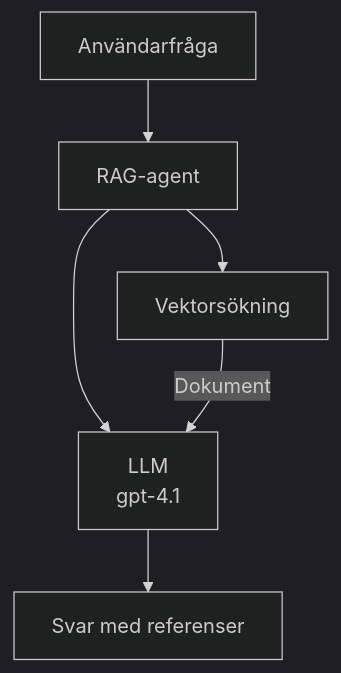
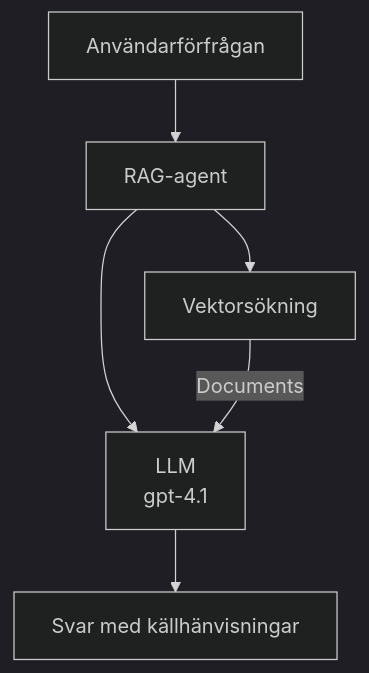
The second of 3 diagrams in translations/sv/docs/chapter-02-ai-development/agents.md (microsoft/AZD-for-beginners), drawn with Mermaid (dark theme) before and after one commit. The commit also changed other lines of this file and 59 other files, not shown here.

````diff
--- a/translations/sv/docs/chapter-02-ai-development/agents.md
+++ b/translations/sv/docs/chapter-02-ai-development/agents.md
@@ -181,8 +181,8 @@
 ```mermaid
 graph TD
-    Query[Användarfråga] --> RAG[RAG-agent]
+    Query[Användarförfrågan] --> RAG[RAG-agent]
     RAG --> Vector[Vektorsökning]
     RAG --> LLM[LLM<br/>gpt-4.1]
-    Vector -- Dokument --> LLM
-    LLM --> Response[Svar med referenser]
+    Vector -- Documents --> LLM
+    LLM --> Response[Svar med källhänvisningar]
 ```
````
